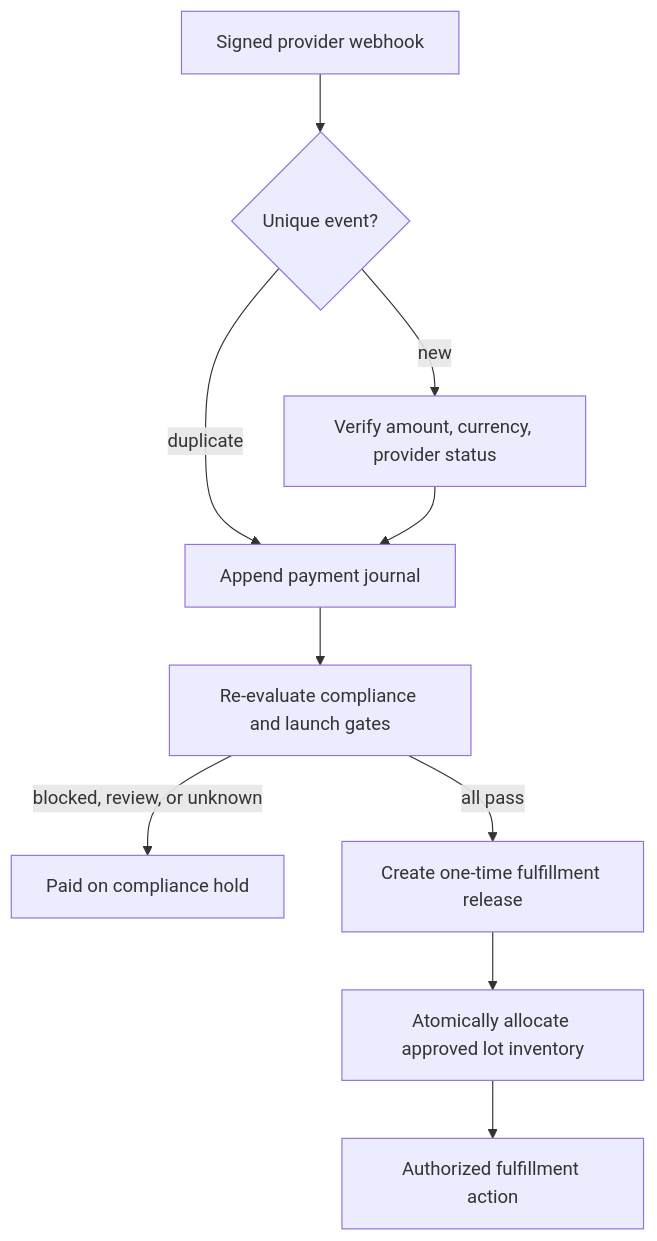
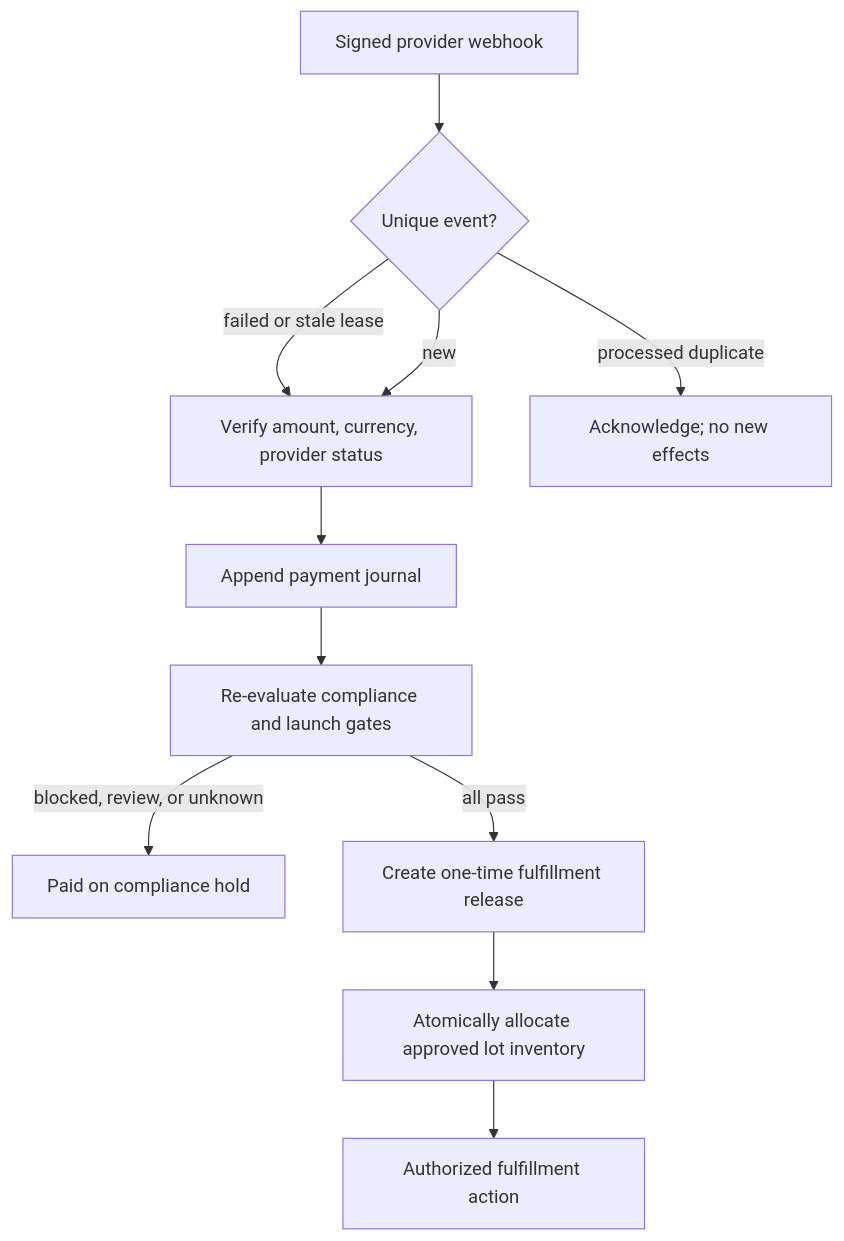
Before and after one commit to Shigakuresama/Propeptiq: the third of 3 diagrams in docs/architecture/system-architecture.md, drawn with Mermaid. The commit also changed other lines of this file and 8 other files, not shown here.

Commit message:
docs: close architecture safety gaps

````diff
--- a/docs/architecture/system-architecture.md
+++ b/docs/architecture/system-architecture.md
@@ -95,22 +95,23 @@
 ```mermaid
 flowchart TD
   Webhook[Signed provider webhook]
   Dedup{Unique event?}
   Verify[Verify amount, currency, provider status]
   Journal[Append payment journal]
   Recheck[Re-evaluate compliance and launch gates]
   Hold[Paid on compliance hold]
   Release[Create one-time fulfillment release]
   Allocate[Atomically allocate approved lot inventory]
   Ship[Authorized fulfillment action]
 
   Webhook --> Dedup
-  Dedup -->|duplicate| Journal
+  Dedup -->|processed duplicate| Ack[Acknowledge; no new effects]
+  Dedup -->|failed or stale lease| Verify
   Dedup -->|new| Verify
   Verify --> Journal
   Journal --> Recheck
   Recheck -->|blocked, review, or unknown| Hold
   Recheck -->|all pass| Release
   Release --> Allocate
   Allocate --> Ship
 ```
````
